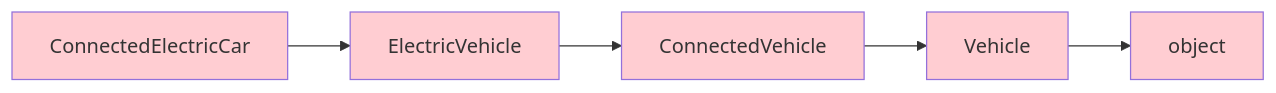
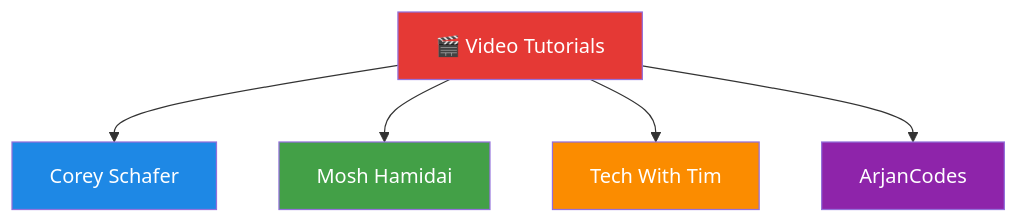
The ninth of 11 diagrams in README.md (Lagmouchyoussef/Python-Practical-Works), drawn with Mermaid before and after one commit. The commit also changed other lines of this file, not shown here.

````diff
--- a/README.md
+++ b/README.md
@@ -647,13 +459,13 @@
 ```mermaid
-flowchart LR
-    A[ConnectedElectricCar] --> B[ElectricVehicle]
-    B --> C[ConnectedVehicle]
-    C --> D[Vehicle]
-    D --> E[object]
+graph TD
+    V[🎬 Video Tutorials] --> V1[Corey Schafer]
+    V --> V2[Mosh Hamidai]
+    V --> V3[Tech With Tim]
+    V --> V4[ArjanCodes]
     
-    style A fill:#ffcdd2
-    style B fill:#ffcdd2
-    style C fill:#ffcdd2
-    style D fill:#ffcdd2
-    style E fill:#ffcdd2
+    style V fill:#e53935,color:#fff
+    style V1 fill:#1e88e5,color:#fff
+    style V2 fill:#43a047,color:#fff
+    style V3 fill:#fb8c00,color:#fff
+    style V4 fill:#8e24aa,color:#fff
 ```
````
